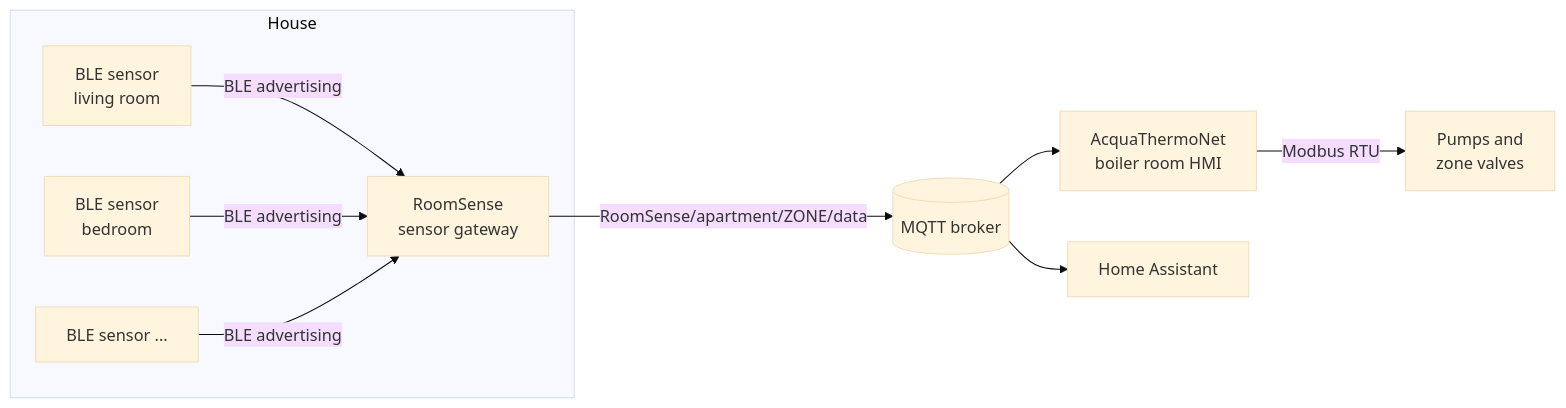
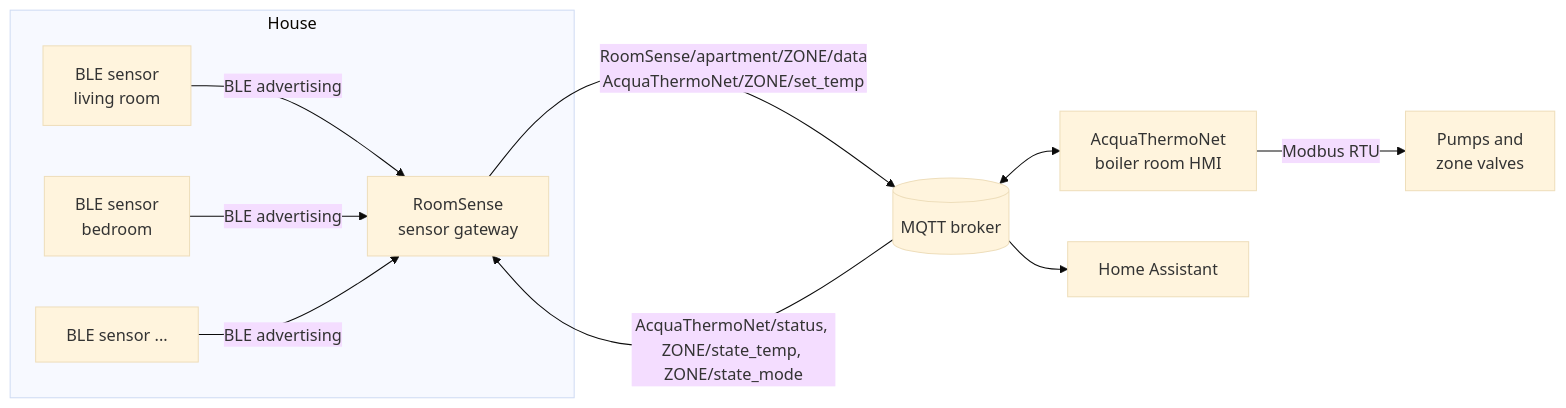
One commit to ska/AcquaThermoNet changed the first of 3 diagrams in docs/SENSOR_GATEWAY_INTERFACE.md. Above: the diagram before and after it, drawn with Mermaid (base theme). The commit also changed other lines of this file and 13 other files, not shown here.

First line of the commit message:
AcquaThermoNet 2.2.2

````diff
--- a/docs/SENSOR_GATEWAY_INTERFACE.md
+++ b/docs/SENSOR_GATEWAY_INTERFACE.md
@@ -17,19 +22,20 @@
 ```mermaid
 flowchart LR
     subgraph House
         BLE1["BLE sensor<br/>living room"]
         BLE2["BLE sensor<br/>bedroom"]
         BLEn["BLE sensor ..."]
         GW["RoomSense<br/>sensor gateway"]
     end
     B[("MQTT broker")]
     ATN["AcquaThermoNet<br/>boiler room HMI"]
     HA["Home Assistant"]
     PLANT["Pumps and<br/>zone valves"]
 
     BLE1 & BLE2 & BLEn -- "BLE advertising" --> GW
-    GW -- "RoomSense/apartment/ZONE/data" --> B
-    B --> ATN
+    GW -- "RoomSense/apartment/ZONE/data<br/>AcquaThermoNet/ZONE/set_temp" --> B
+    B -- "AcquaThermoNet/status, ZONE/state_temp, ZONE/state_mode" --> GW
+    B <--> ATN
     B --> HA
     ATN -- "Modbus RTU" --> PLANT
 ```
````
